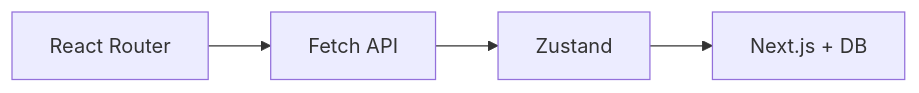
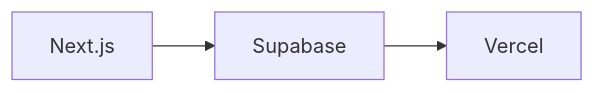
Diagram 11 of 13 in src/content/lessons/23.md (tsunosekai/typescript-class), drawn with Mermaid before and after one commit. The commit also changed other lines of this file, not shown here.

````diff
--- a/src/content/lessons/23.md
+++ b/src/content/lessons/23.md
@@ -186,4 +371,4 @@
 ```mermaid
 flowchart LR
-    B1["React Router"] --> B2["Fetch API"] --> B3["Zustand"] --> B4["Next.js + DB"]
+    B1["Next.js"] --> B2["Supabase"] --> B3["Vercel"]
 ```
````
